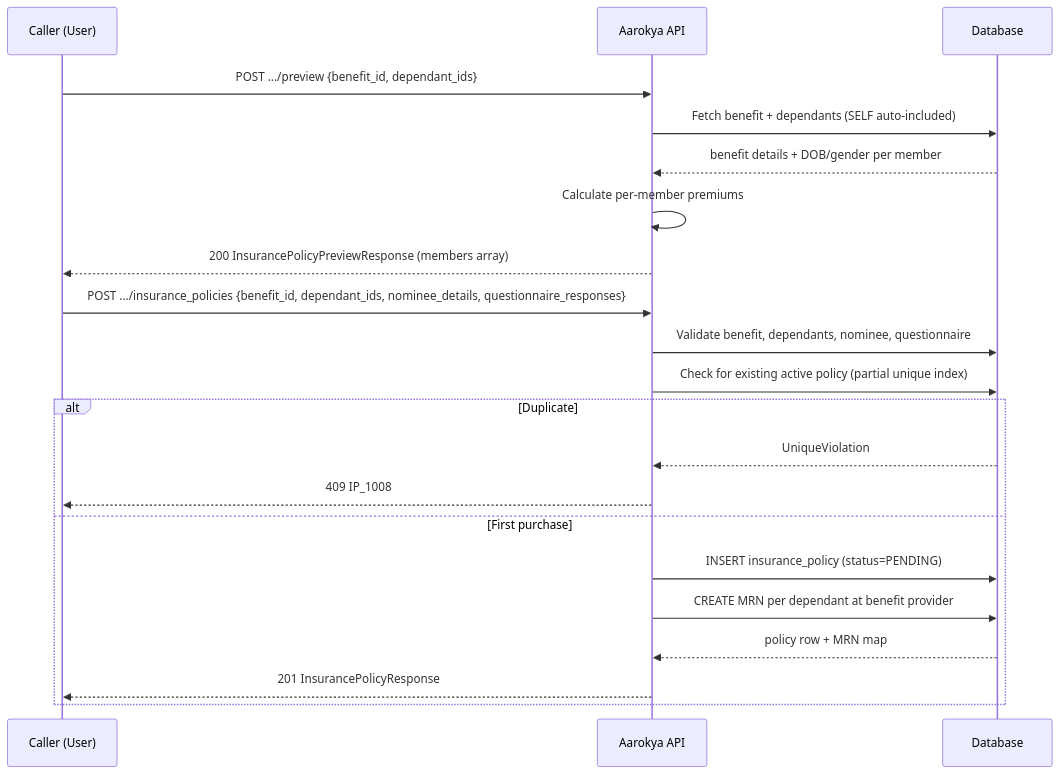
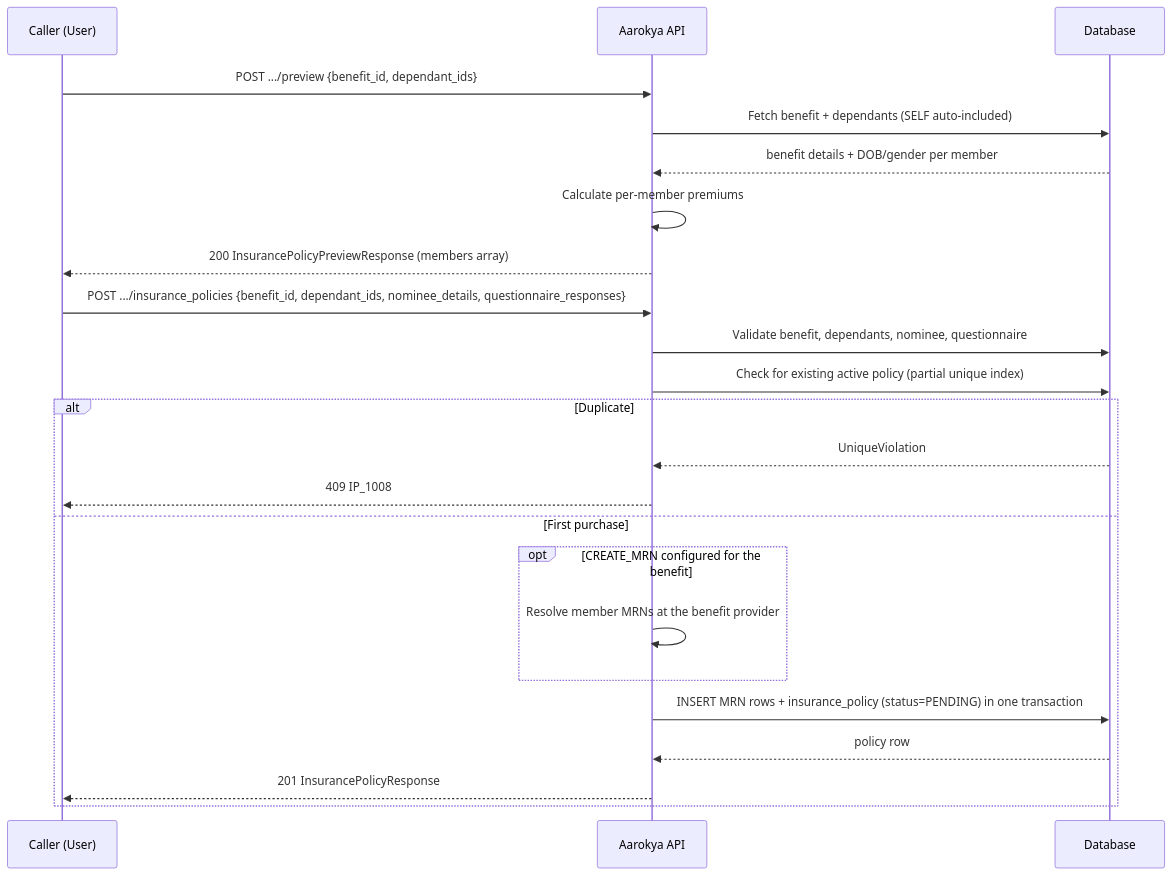
Before and after one commit to anu19981/aarokya-backend: the first of 3 diagrams in api-reference/modules/insurance_policy.mdx, drawn with Mermaid. The commit also changed other lines of this file and 90 other files, not shown here.

````diff
--- a/api-reference/modules/insurance_policy.mdx
+++ b/api-reference/modules/insurance_policy.mdx
@@ -30,25 +30,27 @@
 ```mermaid
 sequenceDiagram
     participant C as Caller (User)
     participant API as Aarokya API
     participant DB as Database
 
     C->>API: POST .../preview {benefit_id, dependant_ids}
     API->>DB: Fetch benefit + dependants (SELF auto-included)
     DB-->>API: benefit details + DOB/gender per member
     API->>API: Calculate per-member premiums
     API-->>C: 200 InsurancePolicyPreviewResponse (members array)
 
     C->>API: POST .../insurance_policies {benefit_id, dependant_ids, nominee_details, questionnaire_responses}
     API->>DB: Validate benefit, dependants, nominee, questionnaire
     API->>DB: Check for existing active policy (partial unique index)
     alt Duplicate
         DB-->>API: UniqueViolation
         API-->>C: 409 IP_1008
     else First purchase
-        API->>DB: INSERT insurance_policy (status=PENDING)
-        API->>DB: CREATE MRN per dependant at benefit provider
-        DB-->>API: policy row + MRN map
+        opt CREATE_MRN configured for the benefit
+            API->>API: Resolve member MRNs at the benefit provider
+        end
+        API->>DB: INSERT MRN rows + insurance_policy (status=PENDING) in one transaction
+        DB-->>API: policy row
         API-->>C: 201 InsurancePolicyResponse
     end
 ```
````
